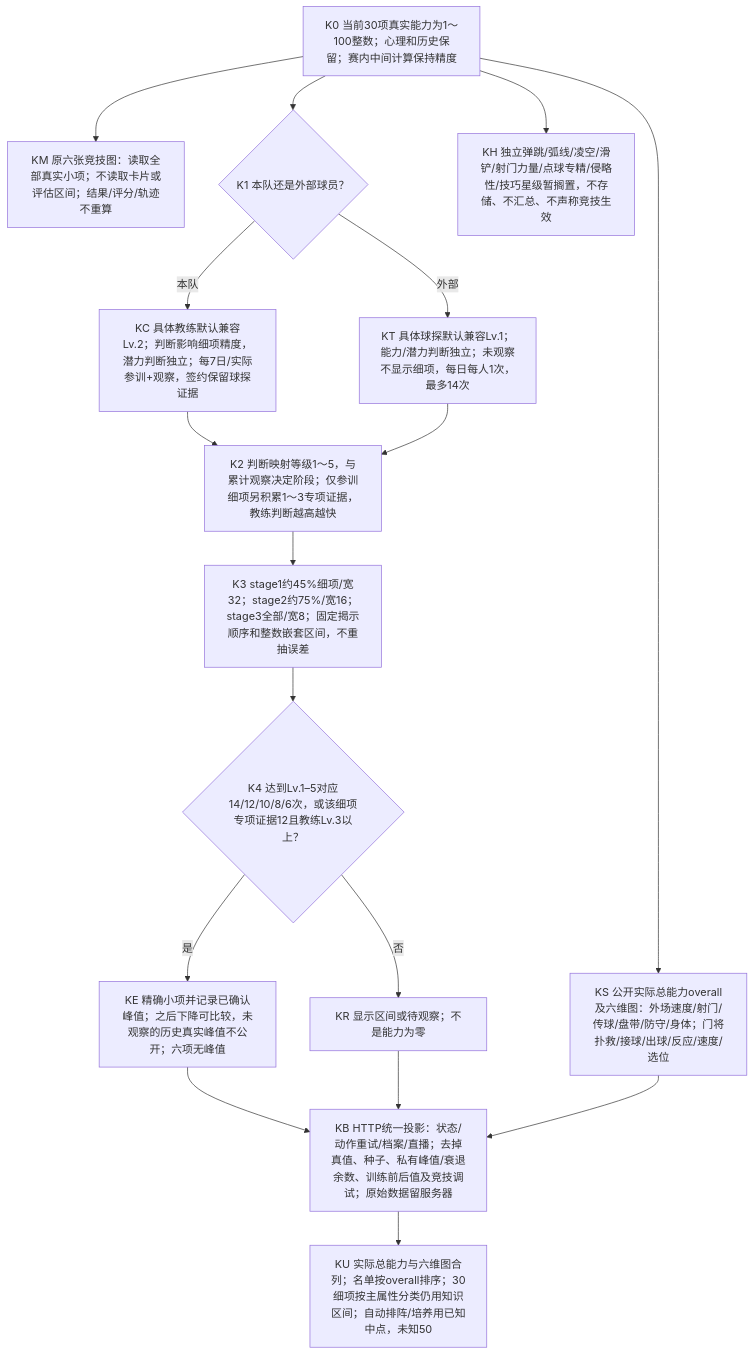
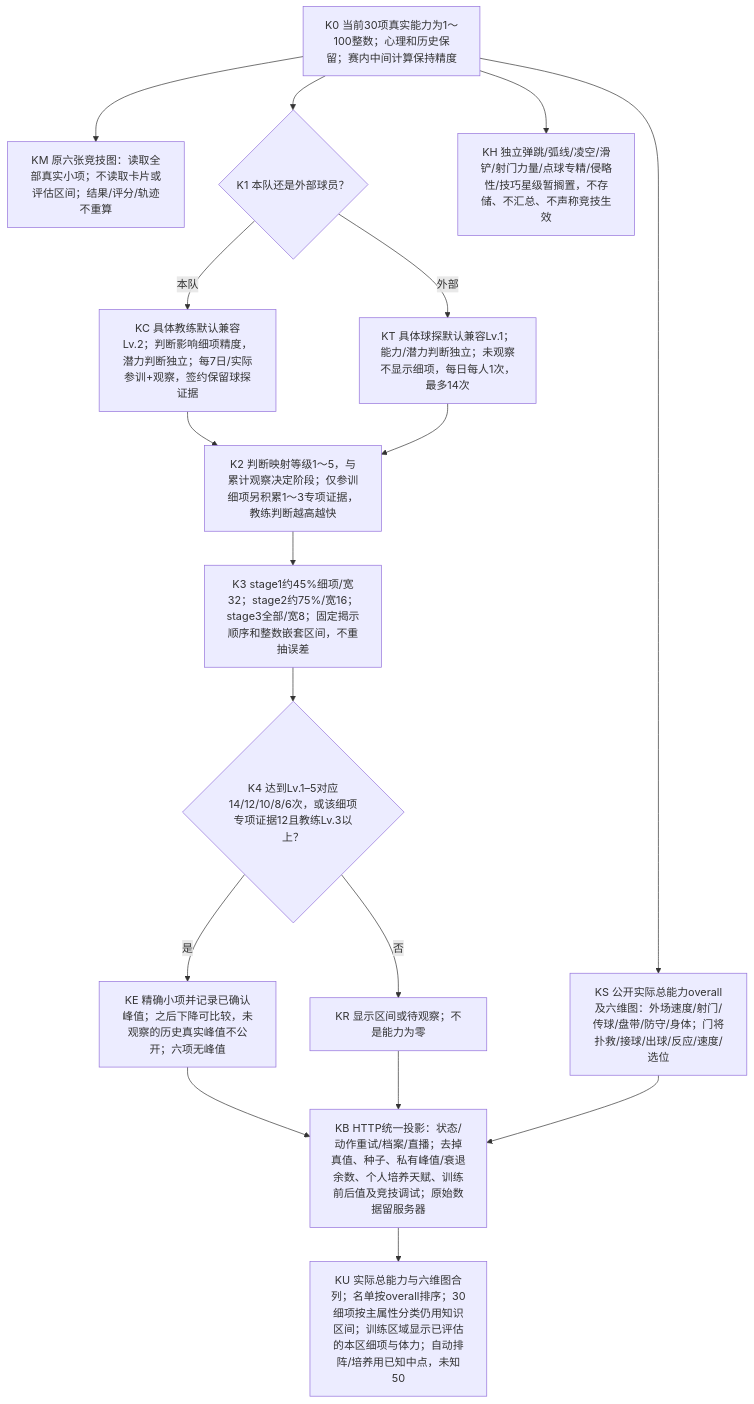
One commit to sixu3575/touchline-manager changed the seventh of 7 diagrams in packages/shared/modules/matches/design/PLAYER_DECISION_MAP.md. Above: the diagram before and after it, drawn with Mermaid. The commit also changed other lines of this file and 65 other files, not shown here.

````diff
--- a/packages/shared/modules/matches/design/PLAYER_DECISION_MAP.md
+++ b/packages/shared/modules/matches/design/PLAYER_DECISION_MAP.md
@@ -397,19 +410,19 @@
 ```mermaid
 flowchart TD
   K0["K0 当前30项真实能力为1～100整数；心理和历史保留；赛内中间计算保持精度"] --> KM["KM 原六张竞技图：读取全部真实小项；不读取卡片或评估区间；结果/评分/轨迹不重算"]
   K0 --> KS["KS 公开实际总能力overall及六维图：外场速度/射门/传球/盘带/防守/身体；门将扑救/接球/出球/反应/速度/选位"]
   K0 --> K1{"K1 本队还是外部球员？"}
   K1 -->|本队| KC["KC 具体教练默认兼容Lv.2；判断影响细项精度，潜力判断独立；每7日/实际参训+观察，签约保留球探证据"]
   K1 -->|外部| KT["KT 具体球探默认兼容Lv.1；能力/潜力判断独立；未观察不显示细项，每日每人1次，最多14次"]
   KC --> K2["K2 判断映射等级1～5，与累计观察决定阶段；仅参训细项另积累1～3专项证据，教练判断越高越快"]
   KT --> K2
   K2 --> K3["K3 stage1约45%细项/宽32；stage2约75%/宽16；stage3全部/宽8；固定揭示顺序和整数嵌套区间，不重抽误差"]
   K3 --> K4{"K4 达到Lv.1–5对应14/12/10/8/6次，或该细项专项证据12且教练Lv.3以上？"}
   K4 -->|是| KE["KE 精确小项并记录已确认峰值；之后下降可比较，未观察的历史真实峰值不公开；六项无峰值"]
   K4 -->|否| KR["KR 显示区间或待观察；不是能力为零"]
-  KE --> KB["KB HTTP统一投影：状态/动作重试/档案/直播；去掉真值、种子、私有峰值/衰退余数、训练前后值及竞技调试；原始数据留服务器"]
+  KE --> KB["KB HTTP统一投影：状态/动作重试/档案/直播；去掉真值、种子、私有峰值/衰退余数、个人培养天赋、训练前后值及竞技调试；原始数据留服务器"]
   KR --> KB
   KS --> KB
-  KB --> KU["KU 实际总能力与六维图合列；名单按overall排序；30细项按主属性分类仍用知识区间；自动排阵/培养用已知中点，未知50"]
+  KB --> KU["KU 实际总能力与六维图合列；名单按overall排序；30细项按主属性分类仍用知识区间；训练区域显示已评估的本区细项与体力；自动排阵/培养用已知中点，未知50"]
   K0 --> KH["KH 独立弹跳/弧线/凌空/滑铲/射门力量/点球专精/侵略性/技巧星级暂搁置，不存储、不汇总、不声称竞技生效"]
 ```
````
